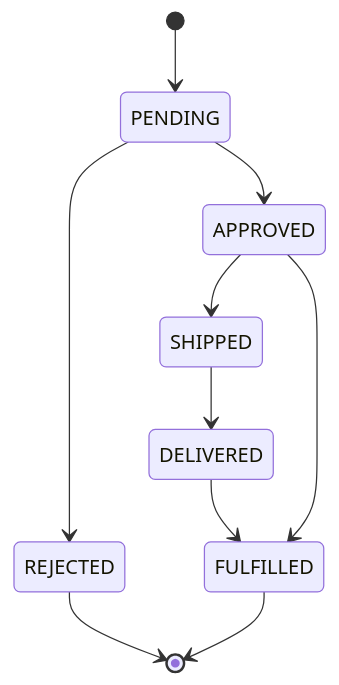
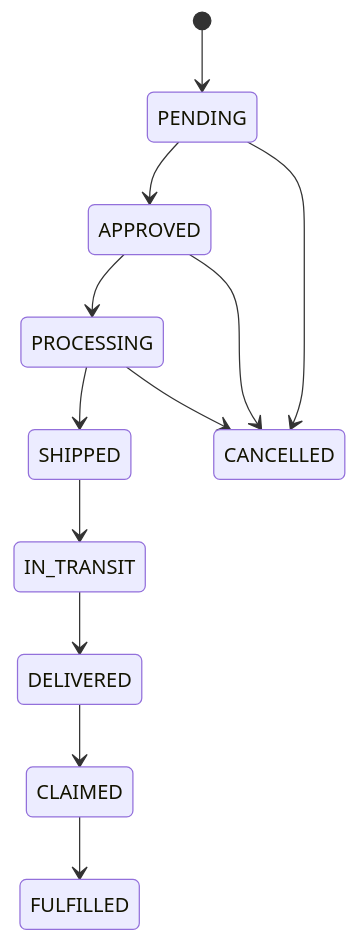
One commit to SnehashisKundu/VerterxLearn-Learning-management-System changed diagram 15 of 31 in README.md. Above: the diagram before and after it, drawn with Mermaid. The commit also changed other lines of this file, not shown here.

````diff
--- a/README.md
+++ b/README.md
@@ -292,12 +782,15 @@
-``` mermaid
+```mermaid
 stateDiagram-v2
     [*] --> PENDING
     PENDING --> APPROVED
-    PENDING --> REJECTED
-    APPROVED --> SHIPPED
-    SHIPPED --> DELIVERED
-    DELIVERED --> FULFILLED
-    APPROVED --> FULFILLED
-    REJECTED --> [*]
-    FULFILLED --> [*]
+    APPROVED --> PROCESSING
+    PROCESSING --> SHIPPED
+    SHIPPED --> IN_TRANSIT
+    IN_TRANSIT --> DELIVERED
+    DELIVERED --> CLAIMED
+    CLAIMED --> FULFILLED
+
+    PENDING --> CANCELLED
+    APPROVED --> CANCELLED
+    PROCESSING --> CANCELLED
 ```
````
